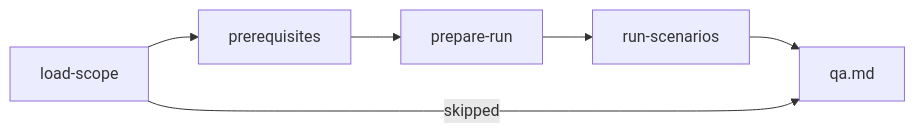
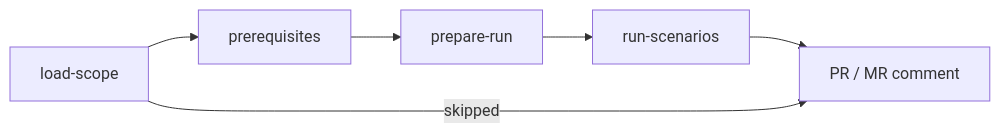
Before and after one commit to ai-driven-dev/framework: the diagram in plugins/aidd-qa/skills/01-acceptance-qa/SKILL.md, drawn with Mermaid. The commit also changed other lines of this file and 4 other files, not shown here.

````diff
--- a/plugins/aidd-qa/skills/01-acceptance-qa/SKILL.md
+++ b/plugins/aidd-qa/skills/01-acceptance-qa/SKILL.md
@@ -9,5 +9,5 @@
 ```mermaid
 flowchart LR
-  scope["load-scope"] --> prerequisites["prerequisites"] --> prepare["prepare-run"] --> run["run-scenarios"] --> report["qa.md"]
+  scope["load-scope"] --> prerequisites["prerequisites"] --> prepare["prepare-run"] --> run["run-scenarios"] --> report["PR / MR comment"]
   scope -- skipped --> report
 ```
````
